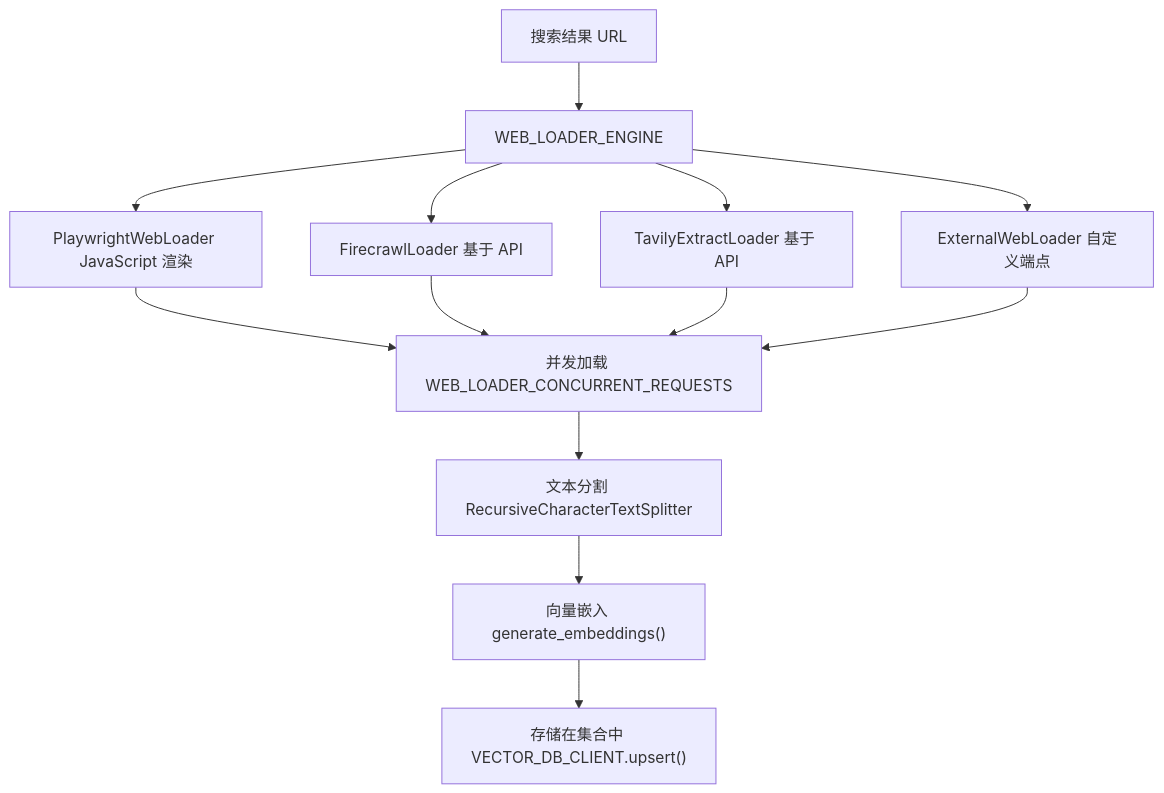
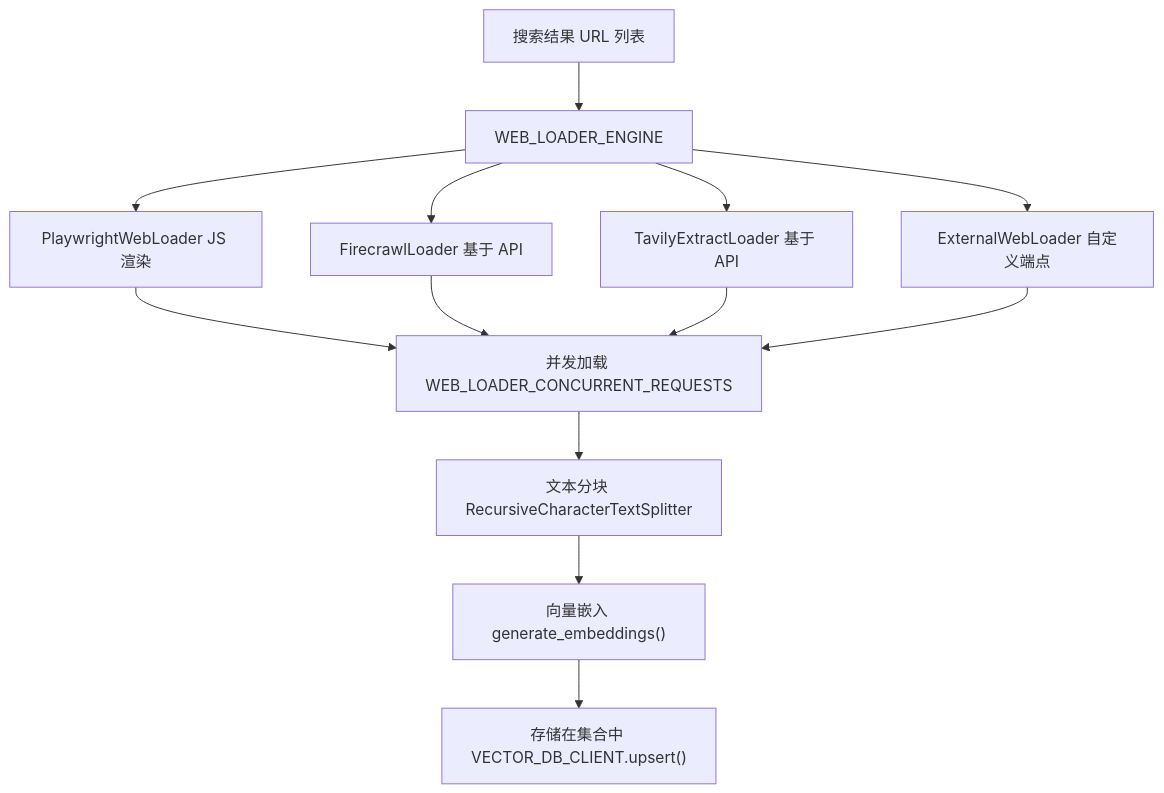
One commit to Chesszyh/Wiki changed the eighth of 10 diagrams in tests/open-webui_deepwiki/zh/6-backend-processing-pipeline.md. Above: the diagram before and after it, drawn with Mermaid. The commit also changed other lines of this file and 234 other files, not shown here.

````diff
--- a/tests/open-webui_deepwiki/zh/6-backend-processing-pipeline.md
+++ b/tests/open-webui_deepwiki/zh/6-backend-processing-pipeline.md
@@ -501,26 +501,26 @@
 ```mermaid
 flowchart TD
-    URLs["搜索结果 URL"]
+    URLs["搜索结果 URL 列表"]
     LoaderEngine["WEB_LOADER_ENGINE"]
-    Playwright["PlaywrightWebLoader JavaScript 渲染"]
+    Playwright["PlaywrightWebLoader JS 渲染"]
     Firecrawl["FirecrawlLoader 基于 API"]
     Tavily["TavilyExtractLoader 基于 API"]
     External["ExternalWebLoader 自定义端点"]
     AsyncLoad["并发加载 WEB_LOADER_CONCURRENT_REQUESTS"]
-    TextSplit["文本分割 RecursiveCharacterTextSplitter"]
+    TextSplit["文本分块 RecursiveCharacterTextSplitter"]
     VectorEmbed["向量嵌入 generate_embeddings()"]
     CollectionStore["存储在集合中 VECTOR_DB_CLIENT.upsert()"]
 
     URLs --> LoaderEngine
     LoaderEngine --> Playwright
     LoaderEngine --> Firecrawl
     LoaderEngine --> Tavily
     LoaderEngine --> External
     Playwright --> AsyncLoad
     Firecrawl --> AsyncLoad
     Tavily --> AsyncLoad
     External --> AsyncLoad
     AsyncLoad --> TextSplit
     TextSplit --> VectorEmbed
     VectorEmbed --> CollectionStore
 ```
````
